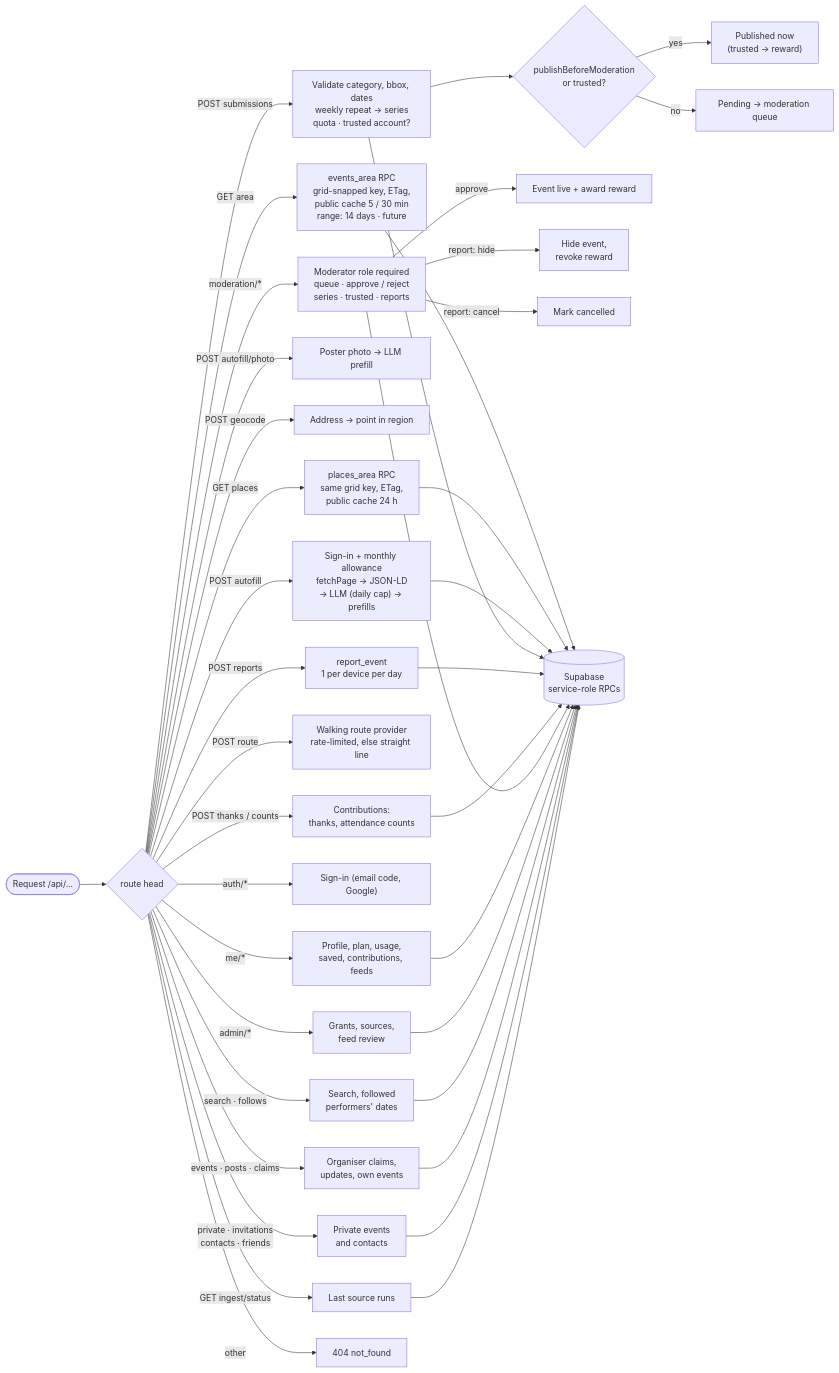
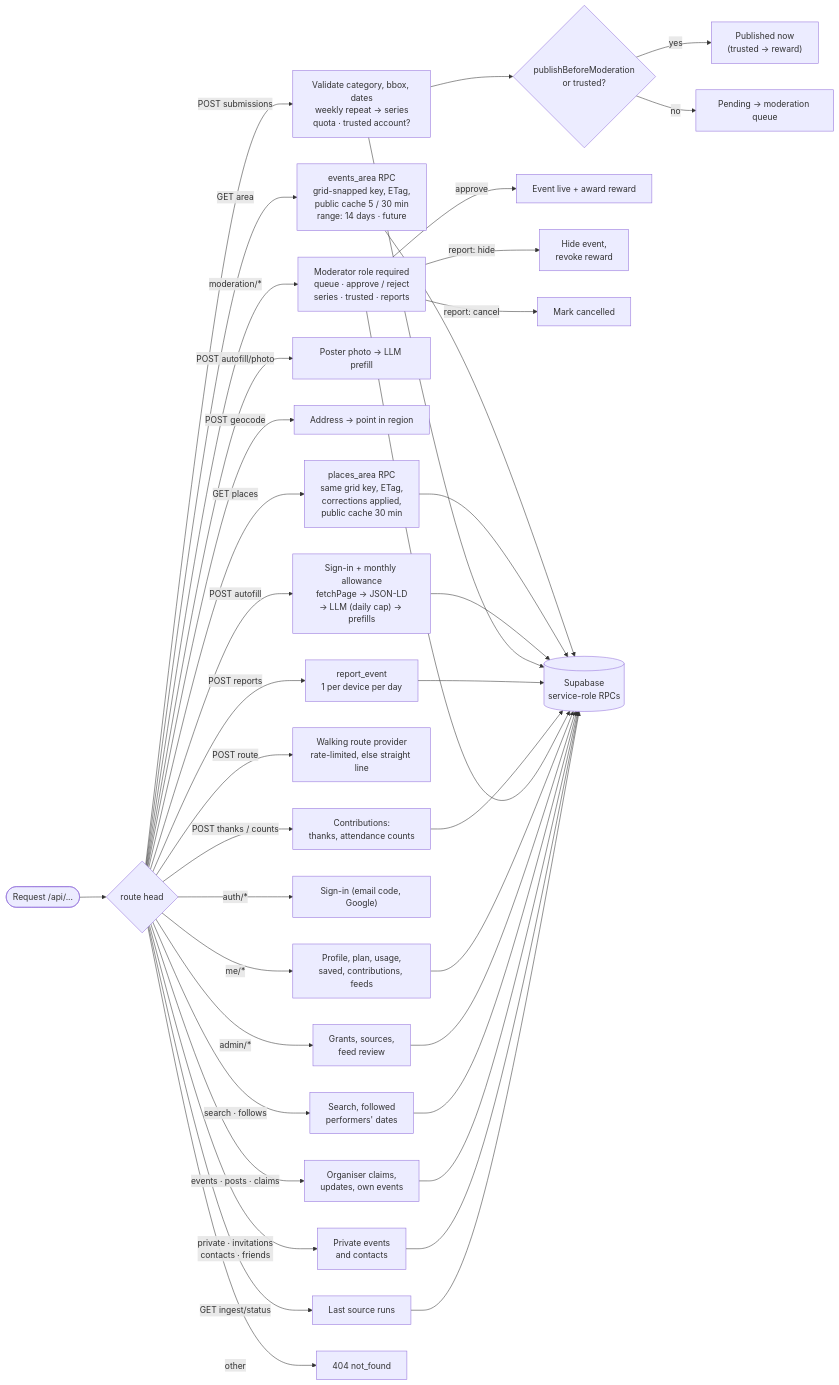
The third of 4 diagrams in docs/ARCHITECTURE.md (PriamSinbob/Happow), drawn with Mermaid before and after one commit. The commit also changed 24 other files, not shown here.

````diff
--- a/docs/ARCHITECTURE.md
+++ b/docs/ARCHITECTURE.md
@@ -120,31 +120,31 @@
 ```mermaid
 flowchart LR
   REQ(["Request /api/..."]) --> R{"route head"}
   R -- "GET area" --> AREA["events_area RPC<br/>grid-snapped key, ETag,<br/>public cache 5 / 30 min<br/>range: 14 days · future"]
-  R -- "GET places" --> PLACES["places_area RPC<br/>same grid key, ETag,<br/>public cache 24 h"]
+  R -- "GET places" --> PLACES["places_area RPC<br/>same grid key, ETag,<br/>corrections applied,<br/>public cache 30 min"]
   R -- "POST autofill" --> AF["Sign-in + monthly allowance<br/>fetchPage → JSON-LD<br/>→ LLM (daily cap) → prefills"]
   R -- "POST autofill/photo" --> AFP["Poster photo → LLM prefill"]
   R -- "POST geocode" --> GC["Address → point in region"]
   R -- "POST submissions" --> SUB["Validate category, bbox, dates<br/>weekly repeat → series<br/>quota · trusted account?"]
   R -- "POST reports" --> REP["report_event<br/>1 per device per day"]
   R -- "POST thanks / counts" --> CON["Contributions:<br/>thanks, attendance counts"]
   R -- "POST route" --> ROUTE["Walking route provider<br/>rate-limited, else straight line"]
   R -- "moderation/*" --> MOD["Moderator role required<br/>queue · approve / reject<br/>series · trusted · reports"]
   R -- "auth/*" --> AUTH["Sign-in (email code, Google)"]
   R -- "me/*" --> ME["Profile, plan, usage,<br/>saved, contributions, feeds"]
   R -- "admin/*" --> ADM["Grants, sources,<br/>feed review"]
   R -- "search · follows" --> FOL["Search, followed<br/>performers' dates"]
   R -- "events · posts · claims" --> ORG["Organiser claims,<br/>updates, own events"]
   R -- "private · invitations<br/>contacts · friends" --> PRIV["Private events<br/>and contacts"]
   R -- "GET ingest/status" --> IST["Last source runs"]
   R -- other --> E404["404 not_found"]
 
   SUB --> PUB{"publishBeforeModeration<br/>or trusted?"}
   PUB -- yes --> LIVE["Published now<br/>(trusted → reward)"]
   PUB -- no --> PEND["Pending → moderation queue"]
   MOD -- approve --> AWARD["Event live + award reward"]
   MOD -- "report: hide" --> REVOKE["Hide event,<br/>revoke reward"]
   MOD -- "report: cancel" --> CANC["Mark cancelled"]
 
   AREA & PLACES & AF & SUB & REP & CON & MOD & ME & ADM & FOL & ORG & PRIV & IST --> DB[("Supabase<br/>service-role RPCs")]
 ```
````
